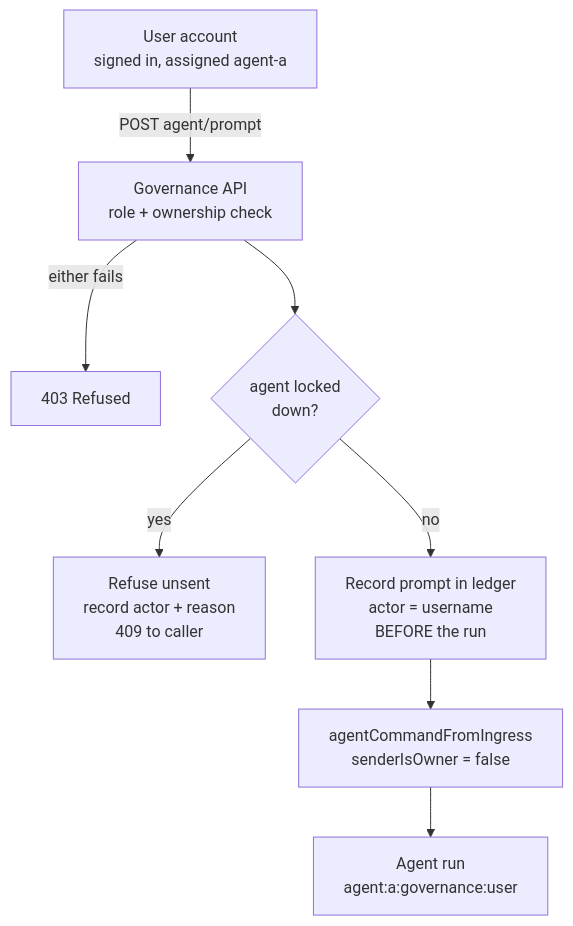
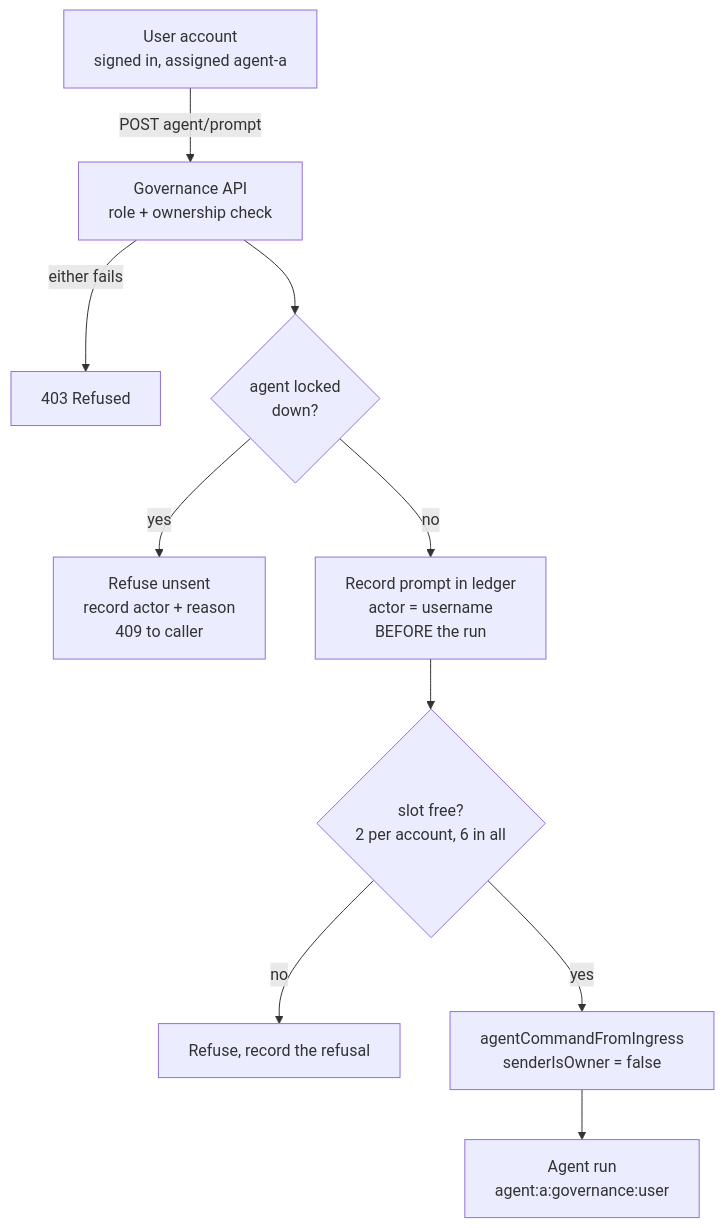
The sixth of 23 diagrams in docs-notes/FIGURES.md (KinanRadaideh/openclaw-governance-layer), drawn with Mermaid before and after one commit. The commit also changed other lines of this file and 10 other files, not shown here.

````diff
--- a/docs-notes/FIGURES.md
+++ b/docs-notes/FIGURES.md
@@ -775,10 +884,12 @@
 ```mermaid
 flowchart TD
   U["User account<br/>signed in, assigned agent-a"] -->|POST agent/prompt| API["Governance API<br/>role + ownership check"]
   API -->|either fails| DENY["403 Refused"]
   API --> LOCK{"agent locked<br/>down?"}
   LOCK -->|yes| REF["Refuse unsent<br/>record actor + reason<br/>409 to caller"]
   LOCK -->|no| REC["Record prompt in ledger<br/>actor = username<br/>BEFORE the run"]
-  REC --> ING["agentCommandFromIngress<br/>senderIsOwner = false"]
+  REC --> SLOT{"slot free?<br/>2 per account, 6 in all"}
+  SLOT -->|no| FULL["Refuse, record the refusal"]
+  SLOT -->|yes| ING["agentCommandFromIngress<br/>senderIsOwner = false"]
   ING --> RUN["Agent run<br/>agent:a:governance:user"]
 ```
````
